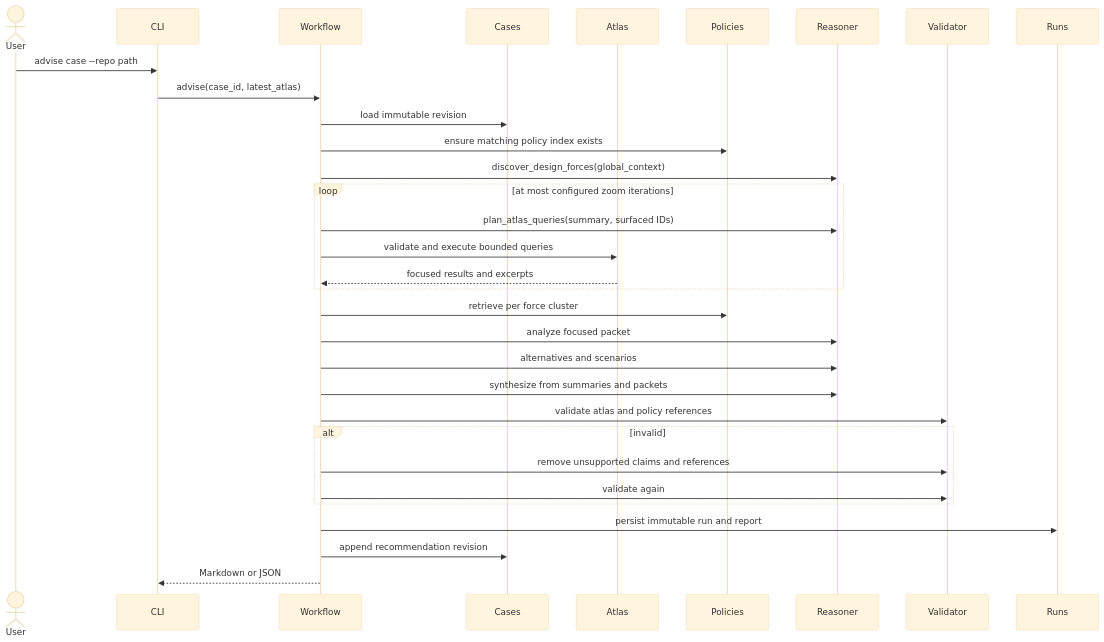
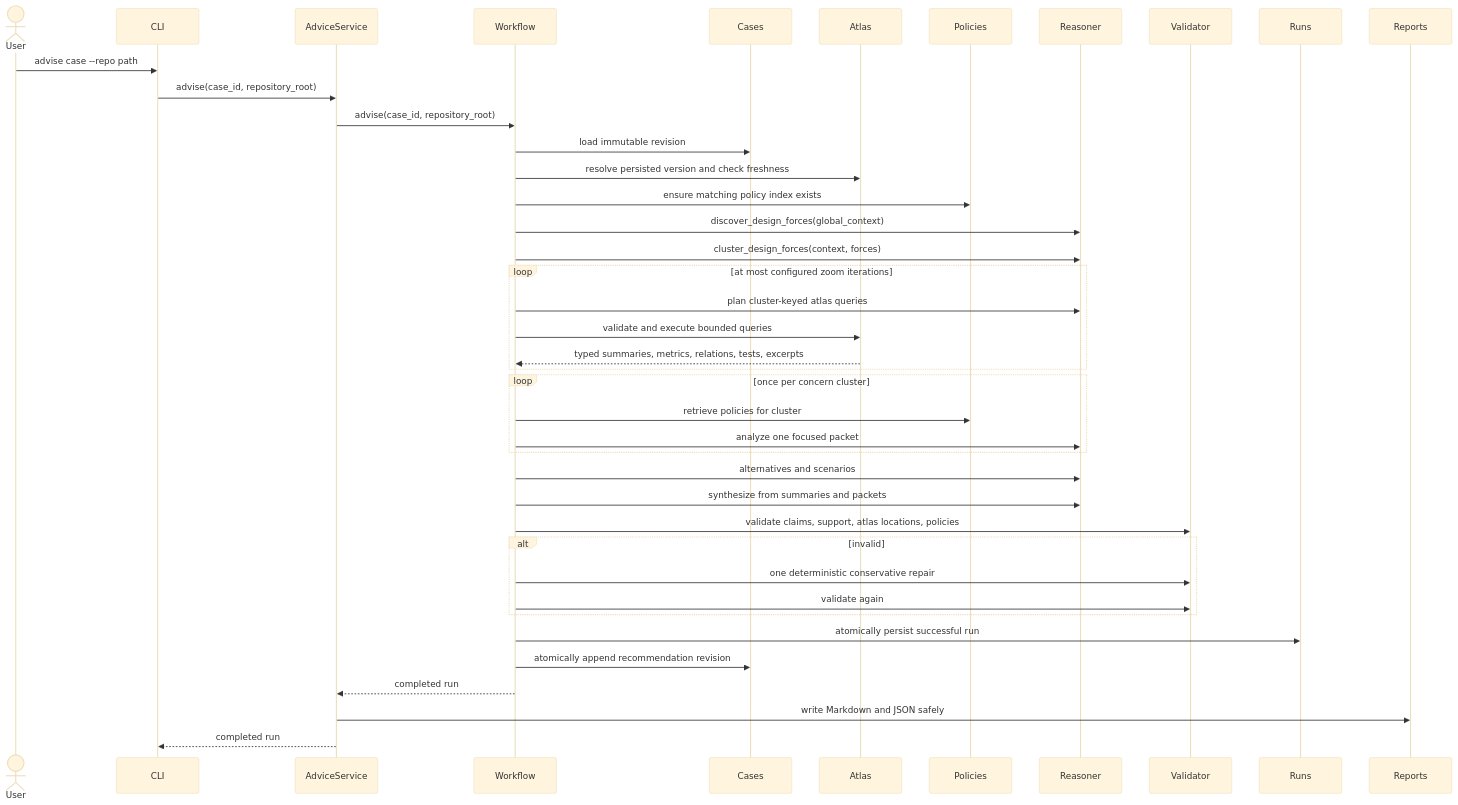
The diagram in docs/advisory-workflow.md (Furkan-rgb/arch_compass), drawn with Mermaid (base theme) before and after one commit. The commit also changed other lines of this file and 81 other files, not shown here.

````diff
--- a/docs/advisory-workflow.md
+++ b/docs/advisory-workflow.md
@@ -6,35 +8,44 @@
 ```mermaid
 sequenceDiagram
     actor User
     participant CLI
+    participant Advice as AdviceService
     participant Workflow
     participant Cases
     participant Atlas
     participant Policies
     participant Reasoner
     participant Validator
     participant Runs
+    participant Reports
 
     User->>CLI: advise case --repo path
-    CLI->>Workflow: advise(case_id, latest_atlas)
+    CLI->>Advice: advise(case_id, repository_root)
+    Advice->>Workflow: advise(case_id, repository_root)
     Workflow->>Cases: load immutable revision
+    Workflow->>Atlas: resolve persisted version and check freshness
     Workflow->>Policies: ensure matching policy index exists
     Workflow->>Reasoner: discover_design_forces(global_context)
+    Workflow->>Reasoner: cluster_design_forces(context, forces)
     loop at most configured zoom iterations
-        Workflow->>Reasoner: plan_atlas_queries(summary, surfaced IDs)
+        Workflow->>Reasoner: plan cluster-keyed atlas queries
         Workflow->>Atlas: validate and execute bounded queries
-        Atlas-->>Workflow: focused results and excerpts
+        Atlas-->>Workflow: typed summaries, metrics, relations, tests, excerpts
     end
-    Workflow->>Policies: retrieve per force cluster
-    Workflow->>Reasoner: analyze focused packet
+    loop once per concern cluster
+        Workflow->>Policies: retrieve policies for cluster
+        Workflow->>Reasoner: analyze one focused packet
+    end
     Workflow->>Reasoner: alternatives and scenarios
     Workflow->>Reasoner: synthesize from summaries and packets
-    Workflow->>Validator: validate atlas and policy references
+    Workflow->>Validator: validate claims, support, atlas locations, policies
     alt invalid
-        Workflow->>Validator: remove unsupported claims and references
+        Workflow->>Validator: one deterministic conservative repair
         Workflow->>Validator: validate again
     end
-    Workflow->>Runs: persist immutable run and report
-    Workflow->>Cases: append recommendation revision
-    Workflow-->>CLI: Markdown or JSON
+    Workflow->>Runs: atomically persist successful run
+    Workflow->>Cases: atomically append recommendation revision
+    Workflow-->>Advice: completed run
+    Advice->>Reports: write Markdown and JSON safely
+    Advice-->>CLI: completed run
 ```
````
